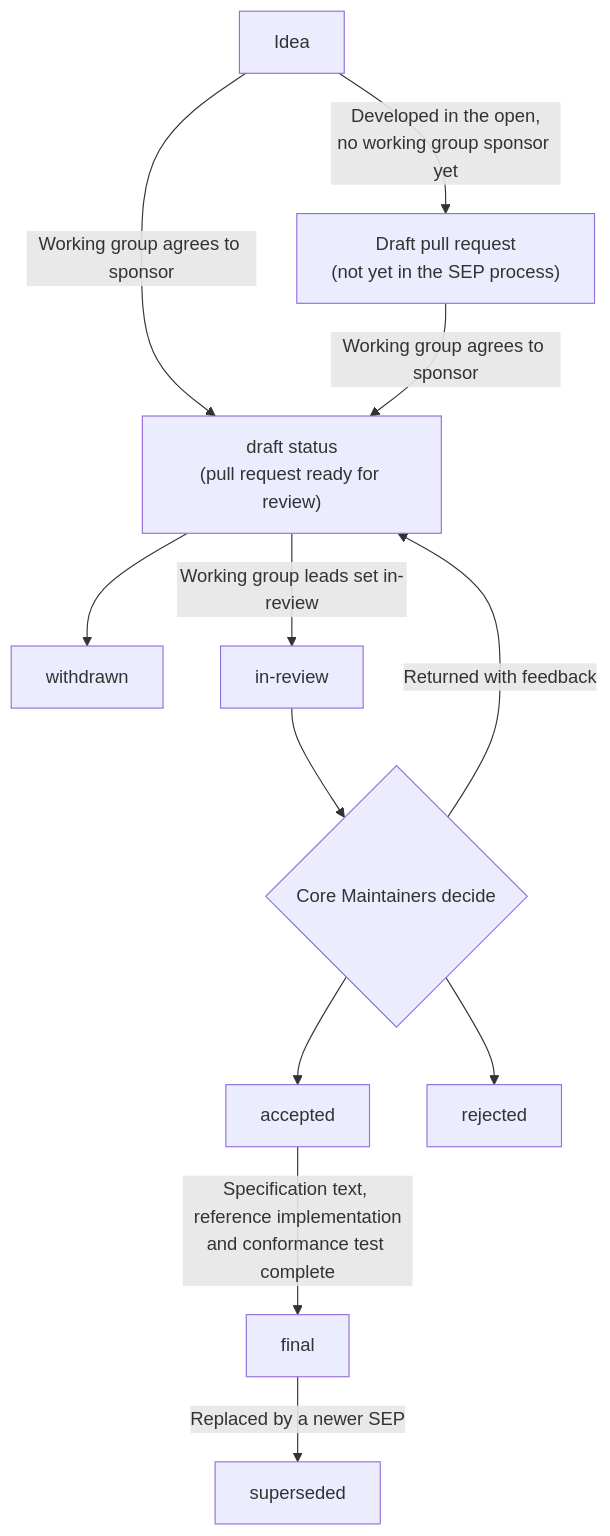
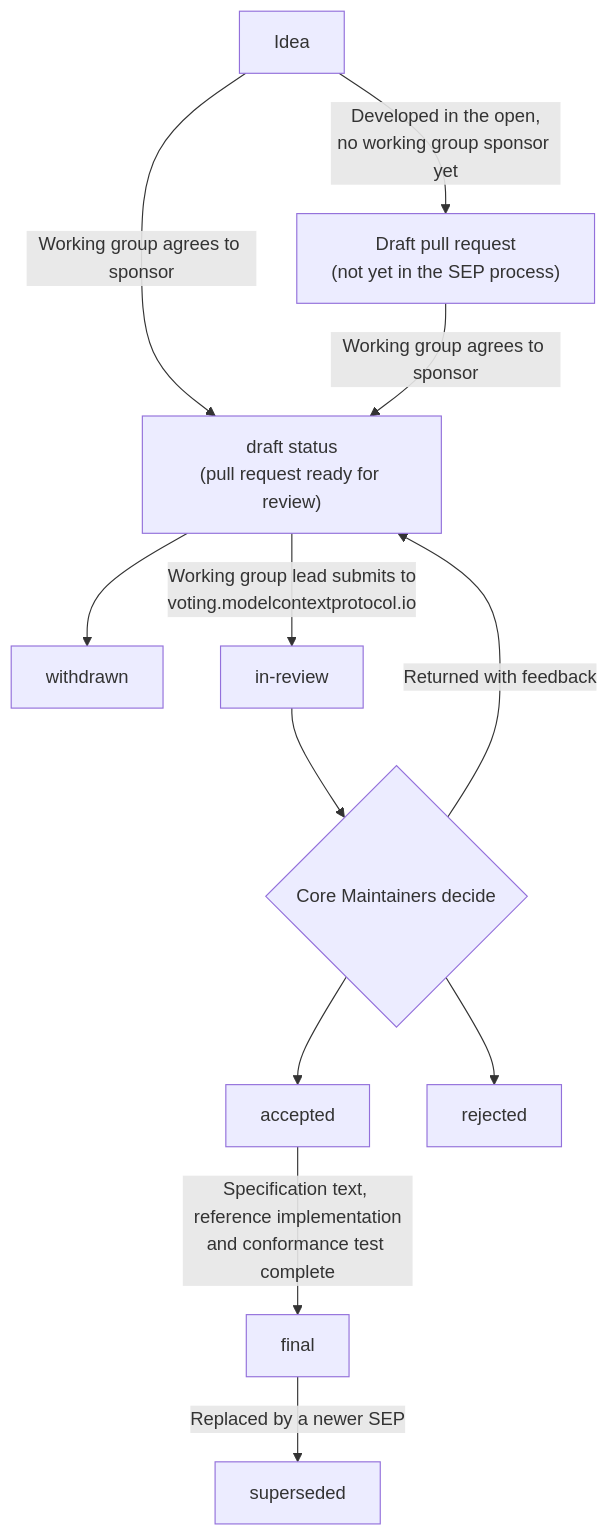
Before and after one commit to modelcontextprotocol/modelcontextprotocol: the diagram in docs/community/sep-guidelines.mdx, drawn with Mermaid. The commit also changed other lines of this file and 2 other files, not shown here.

Commit message:
docs: address review feedback on SEP guidelines and contributing

````diff
--- a/docs/community/sep-guidelines.mdx
+++ b/docs/community/sep-guidelines.mdx
@@ -43,25 +41,25 @@
 ```mermaid
 flowchart TD
     Idea["Idea"]
     DraftPR["Draft pull request<br/>(not yet in the SEP process)"]
     Draft["draft status<br/>(pull request ready for review)"]
     Withdrawn["withdrawn"]
     InReview["in-review"]
     Decision{"Core Maintainers decide"}
     Accepted["accepted"]
     Rejected["rejected"]
     Final["final"]
     Superseded["superseded"]
 
     Idea -->|"Developed in the open,<br/>no working group sponsor yet"| DraftPR
     Idea -->|"Working group agrees to sponsor"| Draft
     DraftPR -->|"Working group agrees to sponsor"| Draft
     Draft --> Withdrawn
-    Draft -->|"Working group leads set in-review"| InReview
+    Draft -->|"Working group lead submits to<br/>voting.modelcontextprotocol.io"| InReview
     InReview --> Decision
     Decision --> Accepted
     Decision --> Rejected
     Decision -->|"Returned with feedback"| Draft
     Accepted -->|"Specification text, reference implementation<br/>and conformance test complete"| Final
     Final -->|"Replaced by a newer SEP"| Superseded
 ```
````
